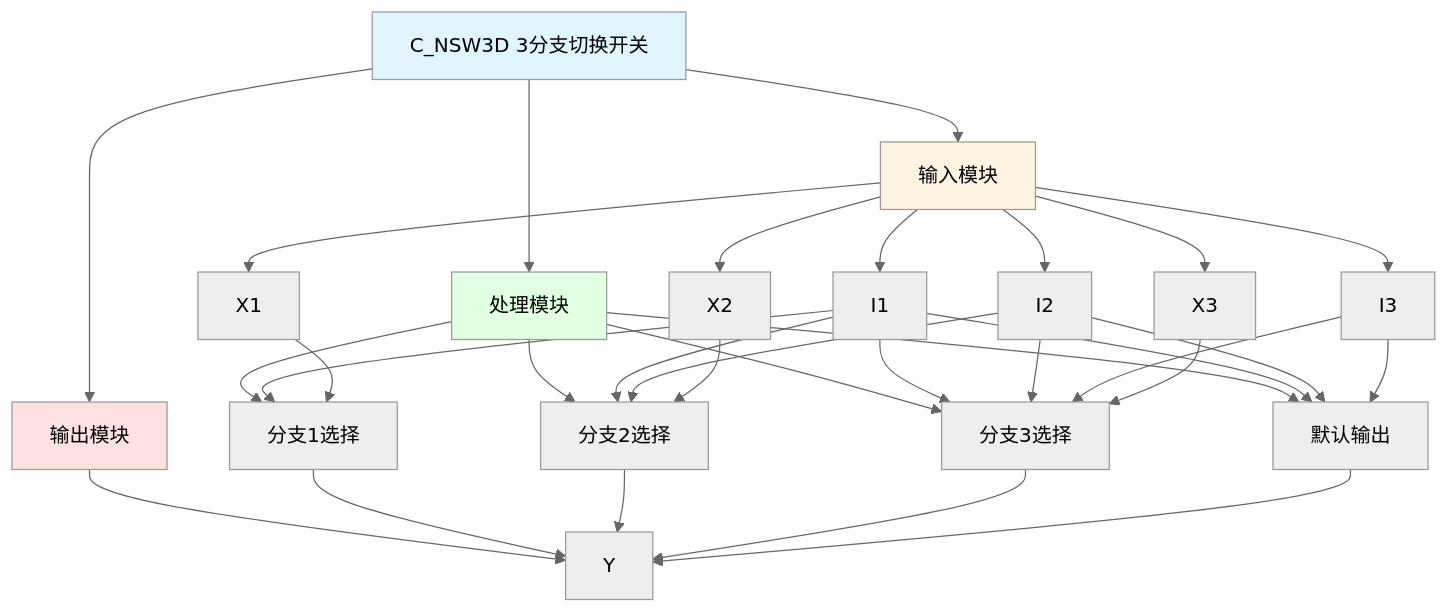
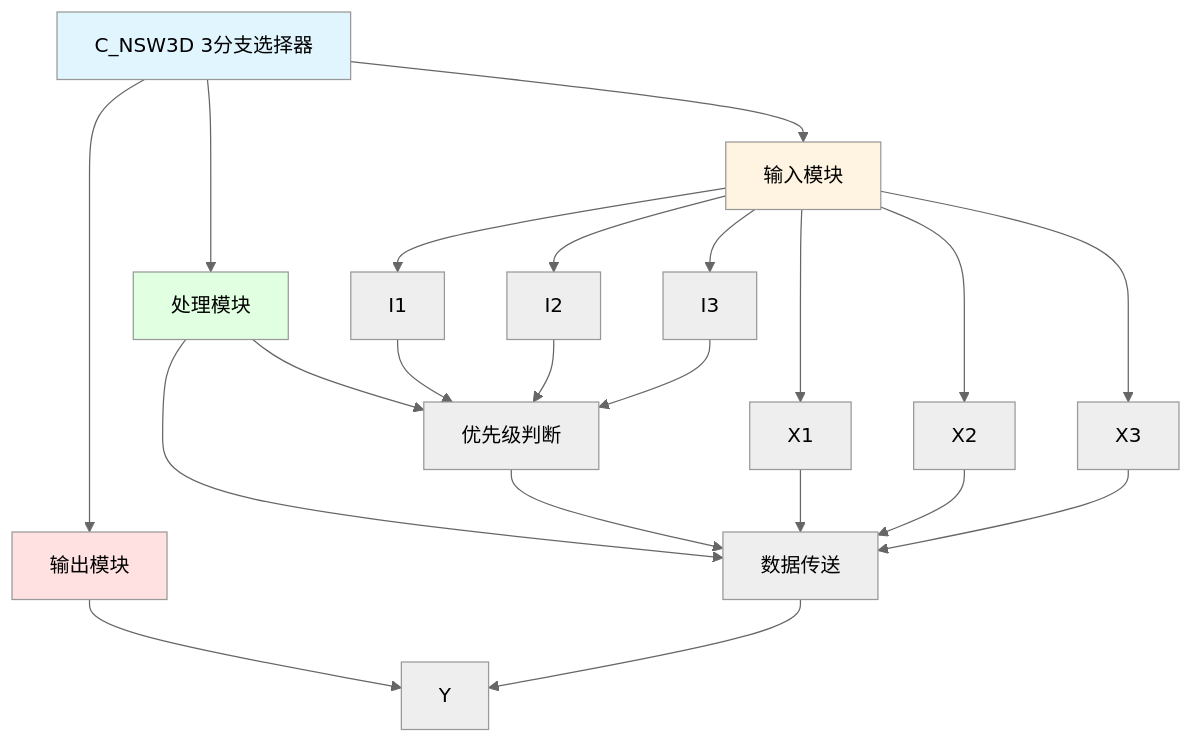
One commit to dlgt6/c changed the diagram in C_NSW3D_分析报告.md. Above: the diagram before and after it, drawn with Mermaid (neutral theme). The commit also changed other lines of this file and 46 other files, not shown here.

````diff
--- a/C_NSW3D_分析报告.md
+++ b/C_NSW3D_分析报告.md
@@ -19,42 +30,32 @@
 ```mermaid
 graph TD
-    A[C_NSW3D 3分支切换开关] --> B[输入模块]
+    A[C_NSW3D 3分支选择器] --> B[输入模块]
     A --> C[处理模块]
     A --> D[输出模块]
     
-    B --> B1[I1]
-    B --> B2[I2]
-    B --> B3[I3]
-    B --> B4[X1]
-    B --> B5[X2]
-    B --> B6[X3]
+    B --> B1[X1]
+    B --> B2[X2]
+    B --> B3[X3]
+    B --> B4[I1]
+    B --> B5[I2]
+    B --> B6[I3]
     
-    C --> C1[分支1选择]
-    C --> C2[分支2选择]
-    C --> C3[分支3选择]
-    C --> C4[默认输出]
+    C --> C1[优先级判断]
+    C --> C2[数据传送]
     
     D --> D1[Y]
     
-    B1 --> C1
     B4 --> C1
-    C1 --> D1
+    B5 --> C1
+    B6 --> C1
+    C1 --> C2
     B1 --> C2
     B2 --> C2
-    B5 --> C2
+    B3 --> C2
     C2 --> D1
-    B1 --> C3
-    B2 --> C3
-    B3 --> C3
-    B6 --> C3
-    C3 --> D1
-    B1 --> C4
-    B2 --> C4
-    B3 --> C4
-    C4 --> D1
     
     style A fill:#e1f5ff
     style B fill:#fff4e1
     style C fill:#e1ffe1
     style D fill:#ffe1e1
 ```
````
